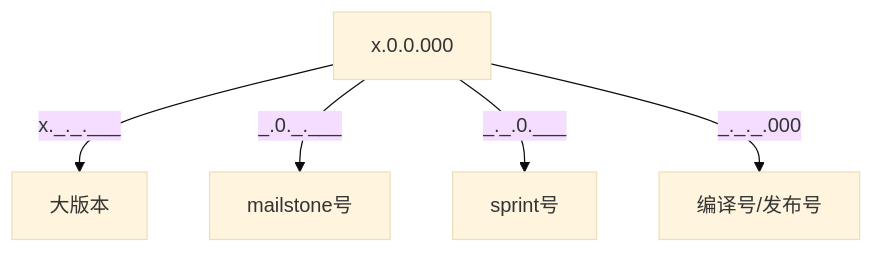
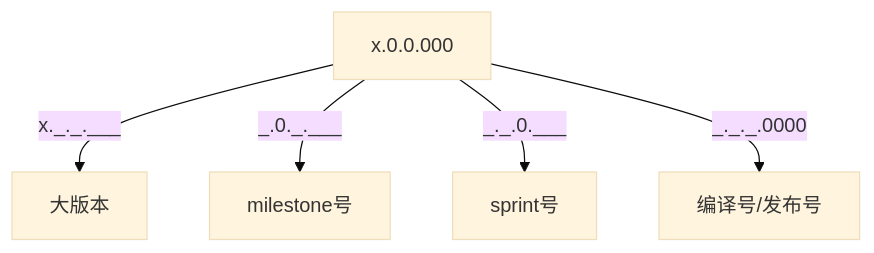
The diagram in version_control.md (kxshu/lefull-commission), drawn with Mermaid (base theme) before and after one commit.

Commit message:
modify txt

````diff
--- a/version_control.md
+++ b/version_control.md
@@ -8,7 +8,7 @@
 ```mermaid
 graph TD;
 x.0.0.000 --"x._._.___"--> A["大版本"]
-x.0.0.000 --"_.0._.___"--> B["mailstone号"]
+x.0.0.000 --"_.0._.___"--> B["milestone号"]
 x.0.0.000 --"_._.0.___"--> C["sprint号"]
-x.0.0.000 --"_._._.000"--> D["编译号/发布号"]
+x.0.0.000 --"_._._.0000"--> D["编译号/发布号"]
 ```
````
